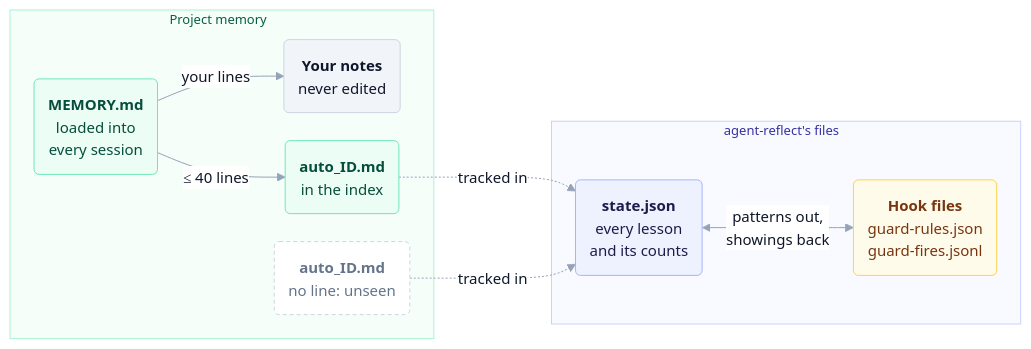
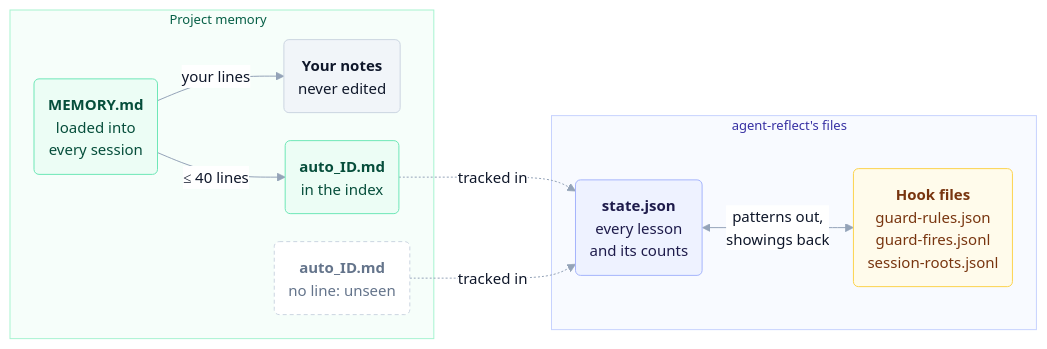
The second of 3 diagrams in README.md (vladislavgorbunov-afk/agent-reflect), drawn with Mermaid before and after one commit. The commit also changed other lines of this file and 10 other files, not shown here.

````diff
--- a/README.md
+++ b/README.md
@@ -144,31 +146,31 @@
 ```mermaid
 %%{init: {"theme": "base", "themeVariables": {"fontFamily": "system-ui, -apple-system, Segoe UI, Helvetica, Arial, sans-serif", "fontSize": "15px", "lineColor": "#94a3b8", "primaryColor": "#f1f5f9", "primaryBorderColor": "#cbd5e1", "primaryTextColor": "#0f172a", "clusterBkg": "#f8fafc", "clusterBorder": "#e2e8f0", "edgeLabelBackground": "#ffffff"}, "flowchart": {"curve": "basis", "nodeSpacing": 28, "rankSpacing": 48, "wrappingWidth": 300, "padding": 14}}}%%
 flowchart LR
     subgraph P ["Project memory"]
         idx("<b>MEMORY.md</b><br/>loaded into<br/>every session"):::mem
         yours("<b>Your notes</b><br/>never edited"):::user
         live("<b>auto_ID.md</b><br/>in the index"):::mem
         wait("<b>auto_ID.md</b><br/>no line: unseen"):::muted
         idx -->|"your lines"| yours
         idx -->|"≤ 40 lines"| live
     end
 
     subgraph A ["agent-reflect's files"]
         st("<b>state.json</b><br/>every lesson<br/>and its counts"):::night
-        hook("<b>Hook files</b><br/>guard-rules.json<br/>guard-fires.jsonl"):::work
+        hook("<b>Hook files</b><br/>guard-rules.json<br/>guard-fires.jsonl<br/>session-roots.jsonl"):::work
         st <-->|"patterns out,<br/>showings back"| hook
     end
 
     live & wait -.->|"tracked in"| st
 
     classDef night fill:#eef2ff,stroke:#a5b4fc,color:#1e1b4b,font-family:system-ui
     classDef mem fill:#ecfdf5,stroke:#6ee7b7,color:#064e3b,font-family:system-ui
     classDef work fill:#fffbeb,stroke:#fcd34d,color:#78350f,font-family:system-ui
     classDef week fill:#f5f3ff,stroke:#c4b5fd,color:#4c1d95,font-family:system-ui
     classDef user fill:#f1f5f9,stroke:#cbd5e1,color:#0f172a,font-family:system-ui
     classDef muted fill:#ffffff,stroke:#cbd5e1,stroke-dasharray:4 3,color:#64748b,font-family:system-ui
     classDef out fill:#ffffff,stroke:#cbd5e1,color:#475569,font-family:system-ui
     style P fill:#f6fefa,stroke:#a7f3d0,color:#065f46,font-family:system-ui,font-size:13px
     style A fill:#f8faff,stroke:#c7d2fe,color:#3730a3,font-family:system-ui,font-size:13px
     linkStyle default font-family:system-ui
 ```
````
